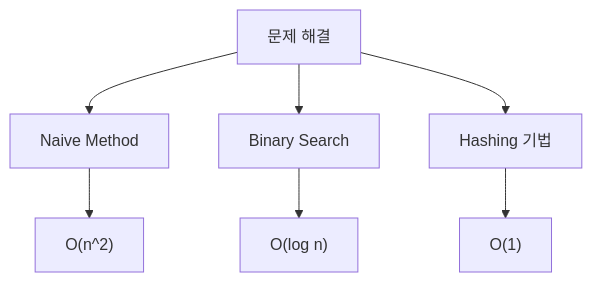
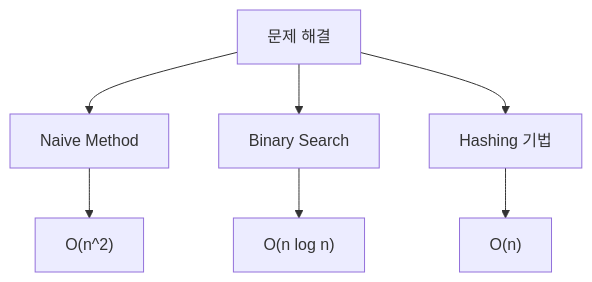
The fifth of 7 diagrams in content/post/2024/2024-10-16-two-pointers/index.md (42jerrykim/42jerrykim.github.io), drawn with Mermaid before and after one commit. The commit also changed other lines of this file and 239 other files, not shown here.

````diff
--- a/content/post/2024/2024-10-16-two-pointers/index.md
+++ b/content/post/2024/2024-10-16-two-pointers/index.md
@@ -432,9 +381,9 @@
 ```mermaid
-graph TD;
-    A[문제 해결] --> B[Naive Method]
-    A --> C[Binary Search]
-    A --> D[Hashing 기법]
-    B --> E["O(n^2)"]
-    C --> F["O(log n)"]
-    D --> G["O(1)"]
+flowchart TD
+    problem["문제 해결"] --> naive["Naive Method"]
+    problem --> binarySearch["Binary Search"]
+    problem --> hashing["Hashing 기법"]
+    naive --> t2["O(n^2)"]
+    binarySearch --> t1["O(n log n)"]
+    hashing --> t0["O(n)"]
 ```
````
